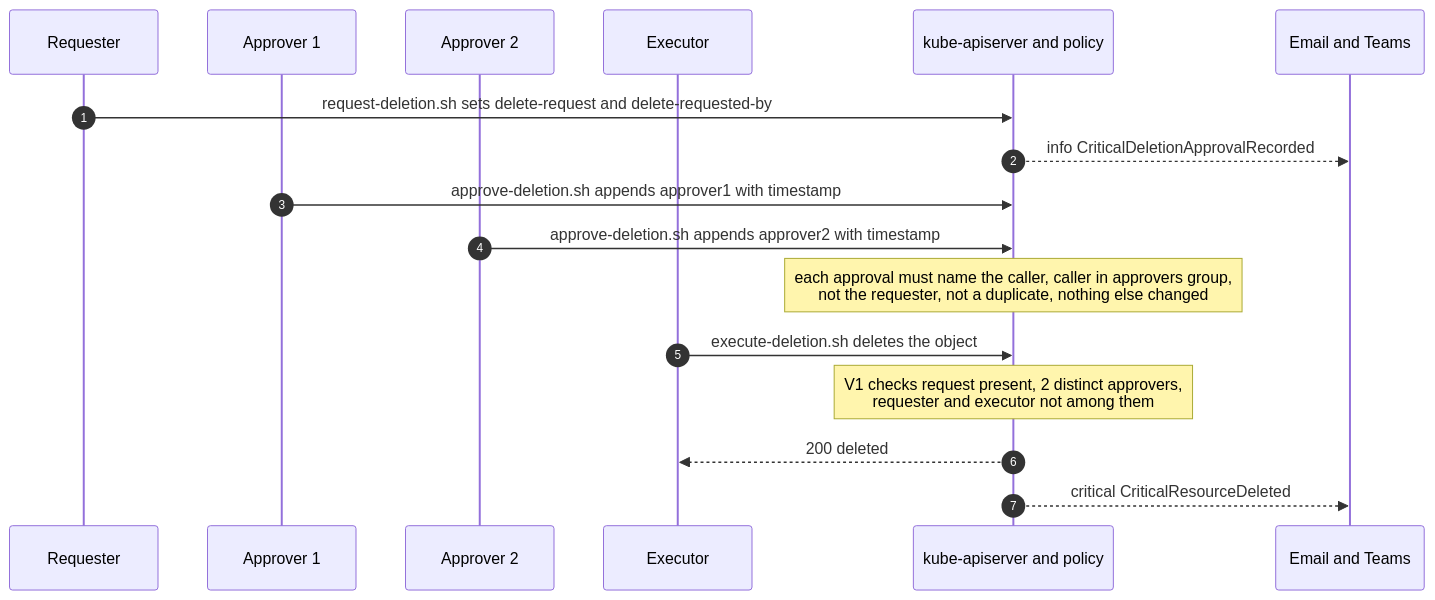
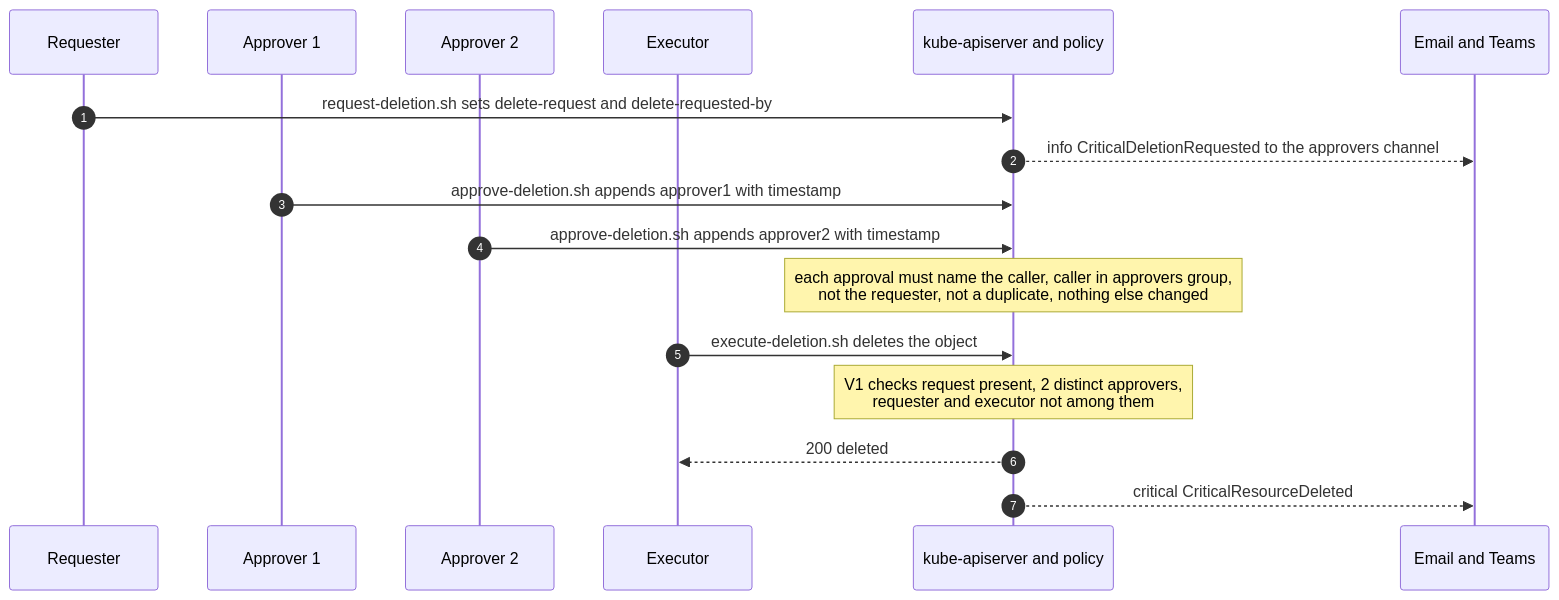
Before and after one commit to a2z-ice/openshift-gaurdtail: the eighth of 13 diagrams in docs/18-the-story.md, drawn with Mermaid. The commit also changed other lines of this file and 61 other files, not shown here.

````diff
--- a/docs/18-the-story.md
+++ b/docs/18-the-story.md
@@ -311,19 +311,19 @@
 ```mermaid
 sequenceDiagram
     autonumber
     participant R as Requester
     participant A1 as Approver 1
     participant A2 as Approver 2
     participant E as Executor
     participant API as kube-apiserver and policy
     participant AM as Email and Teams
     R->>API: request-deletion.sh sets delete-request and delete-requested-by
-    API-->>AM: info CriticalDeletionApprovalRecorded
+    API-->>AM: info CriticalDeletionRequested to the approvers channel
     A1->>API: approve-deletion.sh appends approver1 with timestamp
     A2->>API: approve-deletion.sh appends approver2 with timestamp
     Note over API: each approval must name the caller, caller in approvers group,<br/>not the requester, not a duplicate, nothing else changed
     E->>API: execute-deletion.sh deletes the object
     Note over API: V1 checks request present, 2 distinct approvers,<br/>requester and executor not among them
     API-->>E: 200 deleted
     API-->>AM: critical CriticalResourceDeleted
 ```
````
